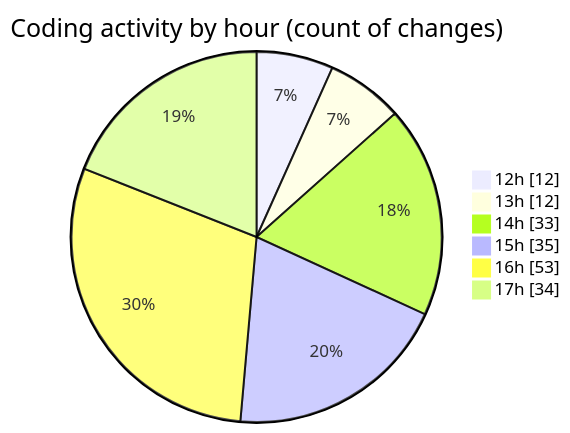
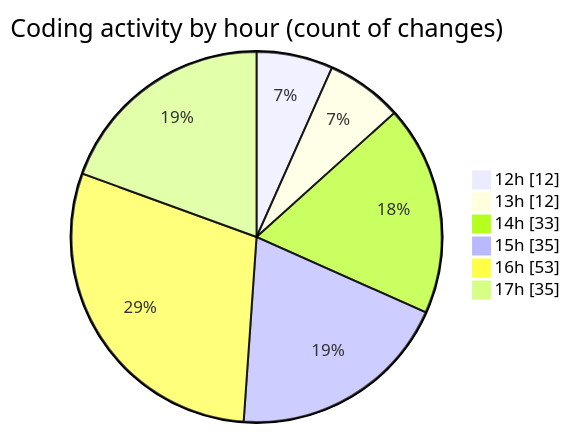
The second of 2 diagrams in 2025-09-24/cda/README.md (momahboobian/code-tracking), drawn with Mermaid before and after one commit. The commit also changed other lines of this file and 1 other file, not shown here.

````diff
--- a/2025-09-24/cda/README.md
+++ b/2025-09-24/cda/README.md
@@ -43,10 +43,10 @@
 ```mermaid
 pie showData
 title Coding activity by hour (count of changes)
 "12h" : 12
 "13h" : 12
 "14h" : 33
 "15h" : 35
 "16h" : 53
-"17h" : 34
+"17h" : 35
 ```
````
